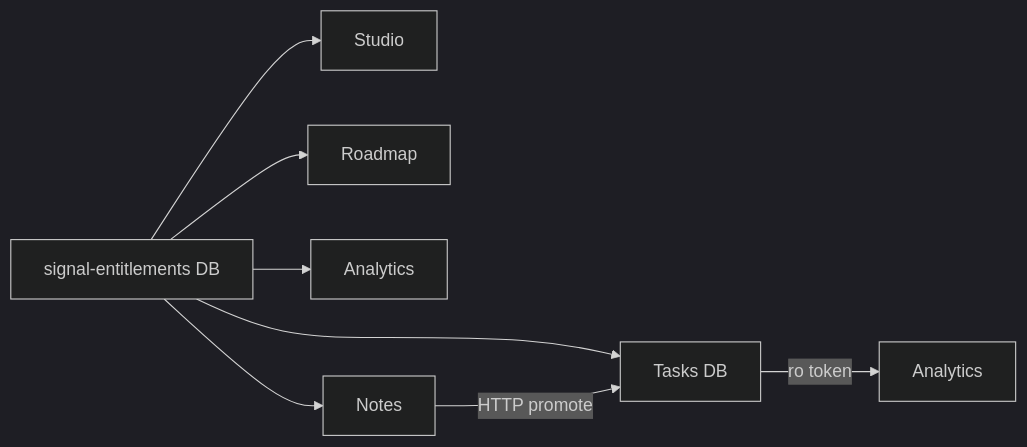
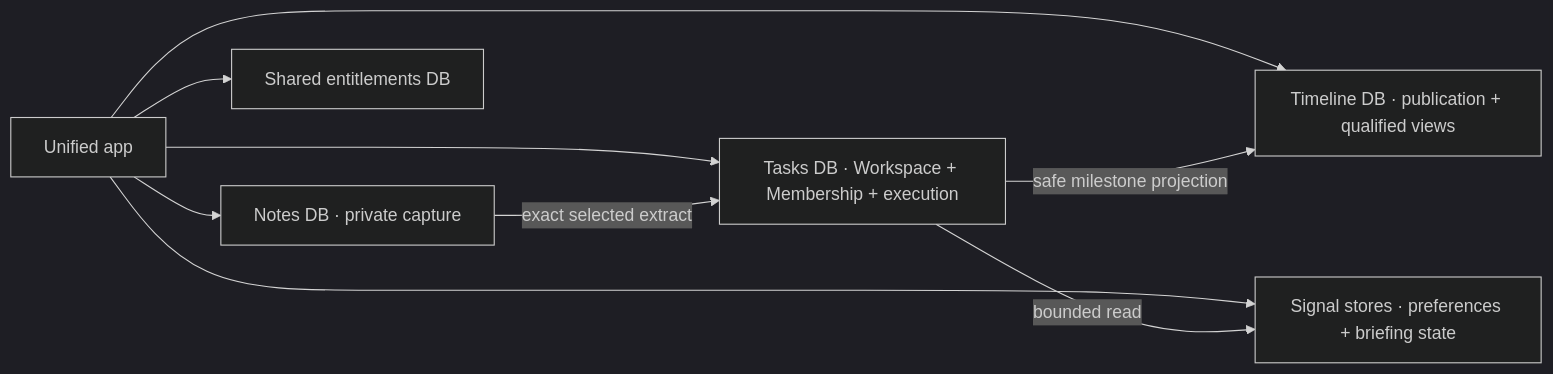
The diagram in content/atlas/turso-databases-and-reads.md (ethanmcn2013-droid/studio), drawn with Mermaid (dark theme) before and after one commit. The commit also changed other lines of this file and 23 other files, not shown here.

Commit message:
feat(timeline): preserve branded artifact links

````diff
--- a/content/atlas/turso-databases-and-reads.md
+++ b/content/atlas/turso-databases-and-reads.md
@@ -22,10 +22,11 @@
 ```mermaid
 flowchart LR
-  T[Tasks DB] -->|ro token| A[Analytics]
-  E[signal-entitlements DB] --> ST[Studio]
-  E --> T
-  E --> R[Roadmap]
-  E --> AN[Analytics]
-  E --> N[Notes]
-  N -->|HTTP promote| T
+  APP[Unified app] --> T[Tasks DB · Workspace + Membership + execution]
+  APP --> N[Notes DB · private capture]
+  APP --> R[Timeline DB · publication + qualified views]
+  APP --> S[Signal stores · preferences + briefing state]
+  APP --> E[Shared entitlements DB]
+  N -->|exact selected extract| T
+  T -->|safe milestone projection| R
+  T -->|bounded read| S
 ```
````
